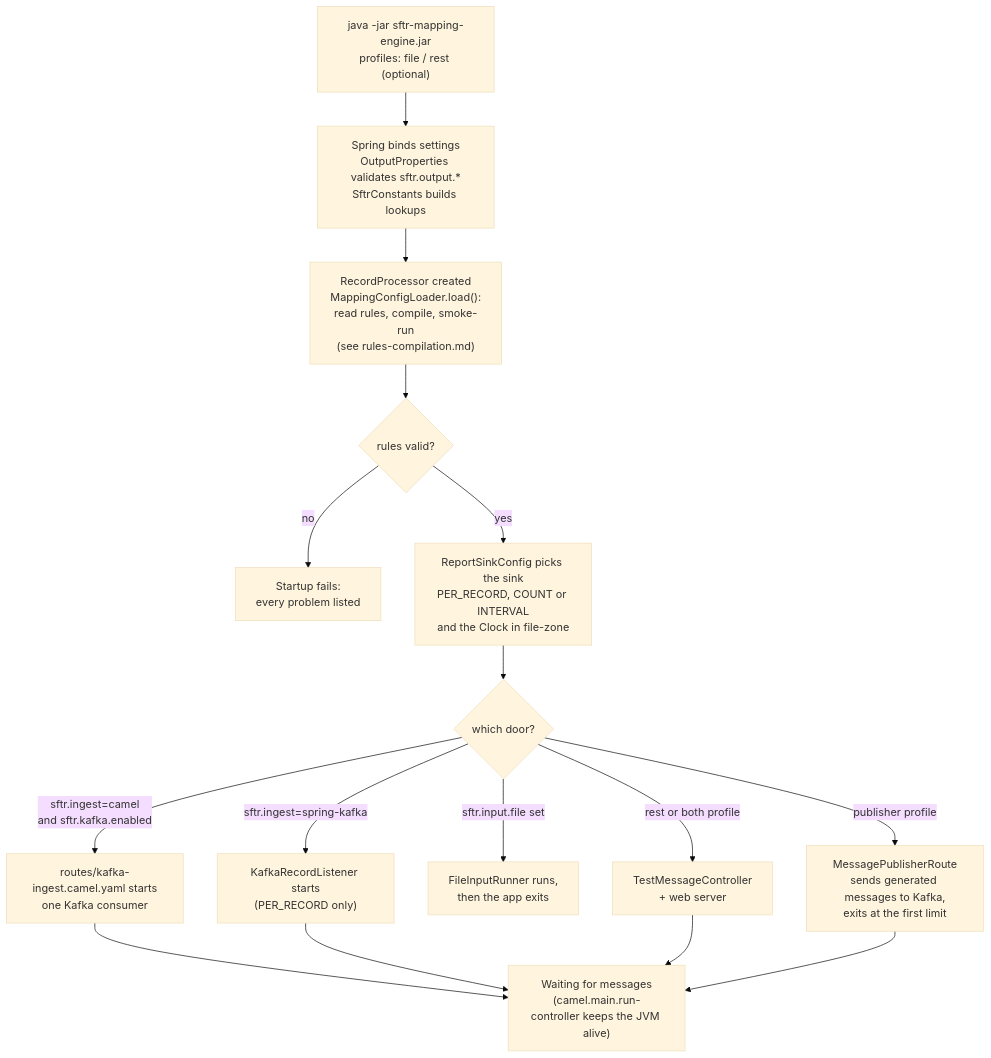
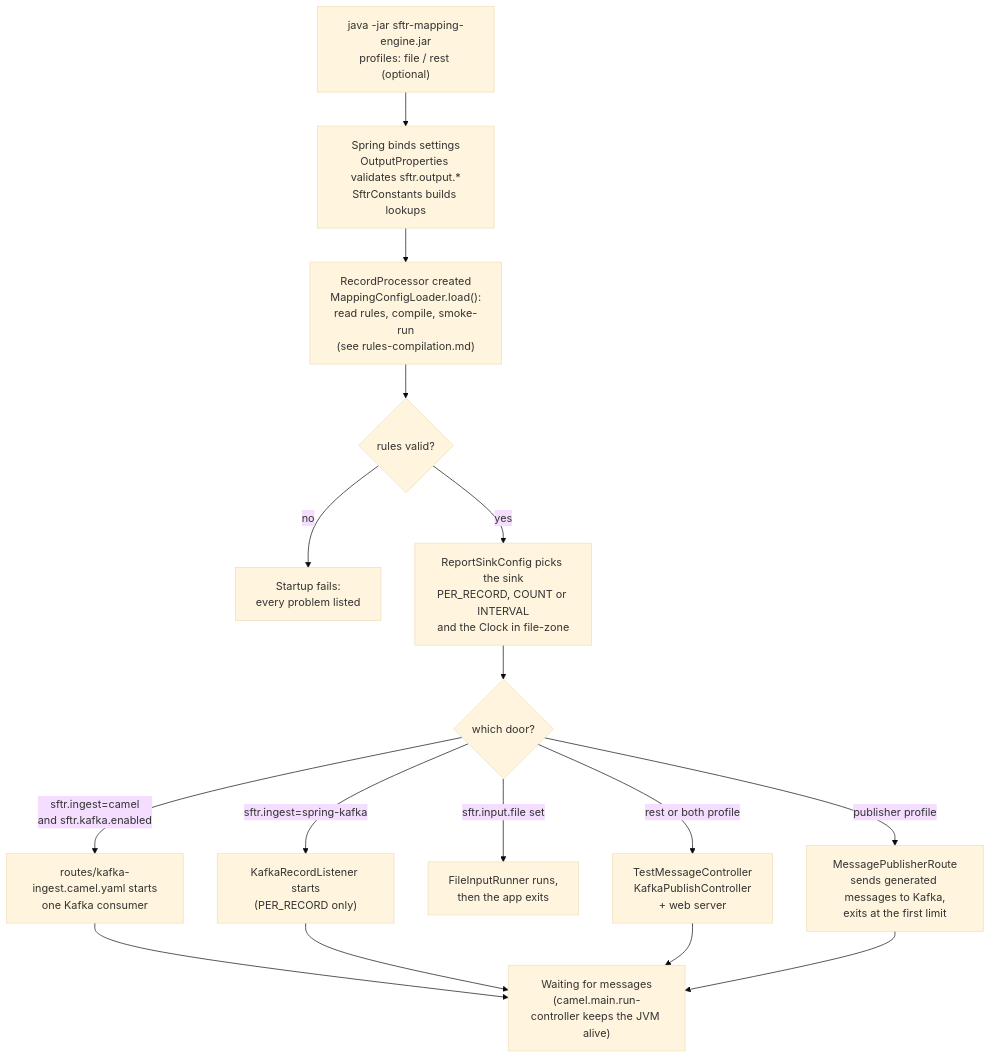
Before and after one commit to shanregs/msg-transformer: the first of 2 diagrams in docs/code-flow-and-classes.md, drawn with Mermaid (base theme). The commit also changed other lines of this file and 3 other files, not shown here.

First line of the commit message:
Docs: describe POST /api/kafka-message in the design, C4 and code-flow documents

````diff
--- a/docs/code-flow-and-classes.md
+++ b/docs/code-flow-and-classes.md
@@ -18,18 +18,18 @@
 ```mermaid
 flowchart TD
     A["java -jar sftr-mapping-engine.jar<br/>profiles: file / rest (optional)"] --> B["Spring binds settings<br/>OutputProperties validates sftr.output.*<br/>SftrConstants builds lookups"]
     B --> C["RecordProcessor created<br/>MappingConfigLoader.load():<br/>read rules, compile, smoke-run<br/>(see rules-compilation.md)"]
     C --> D{"rules valid?"}
     D -->|no| X["Startup fails:<br/>every problem listed"]
     D -->|yes| E["ReportSinkConfig picks the sink<br/>PER_RECORD, COUNT or INTERVAL<br/>and the Clock in file-zone"]
     E --> F{"which door?"}
     F -->|"sftr.ingest=camel<br/>and sftr.kafka.enabled"| G["routes/kafka-ingest.camel.yaml starts<br/>one Kafka consumer"]
     F -->|"sftr.ingest=spring-kafka"| H["KafkaRecordListener starts<br/>(PER_RECORD only)"]
     F -->|"sftr.input.file set"| I["FileInputRunner runs,<br/>then the app exits"]
-    F -->|"rest or both profile"| J["TestMessageController<br/>+ web server"]
+    F -->|"rest or both profile"| J["TestMessageController<br/>KafkaPublishController<br/>+ web server"]
     F -->|"publisher profile"| PB["MessagePublisherRoute<br/>sends generated messages to Kafka,<br/>exits at the first limit"]
     G --> K["Waiting for messages<br/>(camel.main.run-controller keeps the JVM alive)"]
     H --> K
     J --> K
     PB --> K
 ```
````
